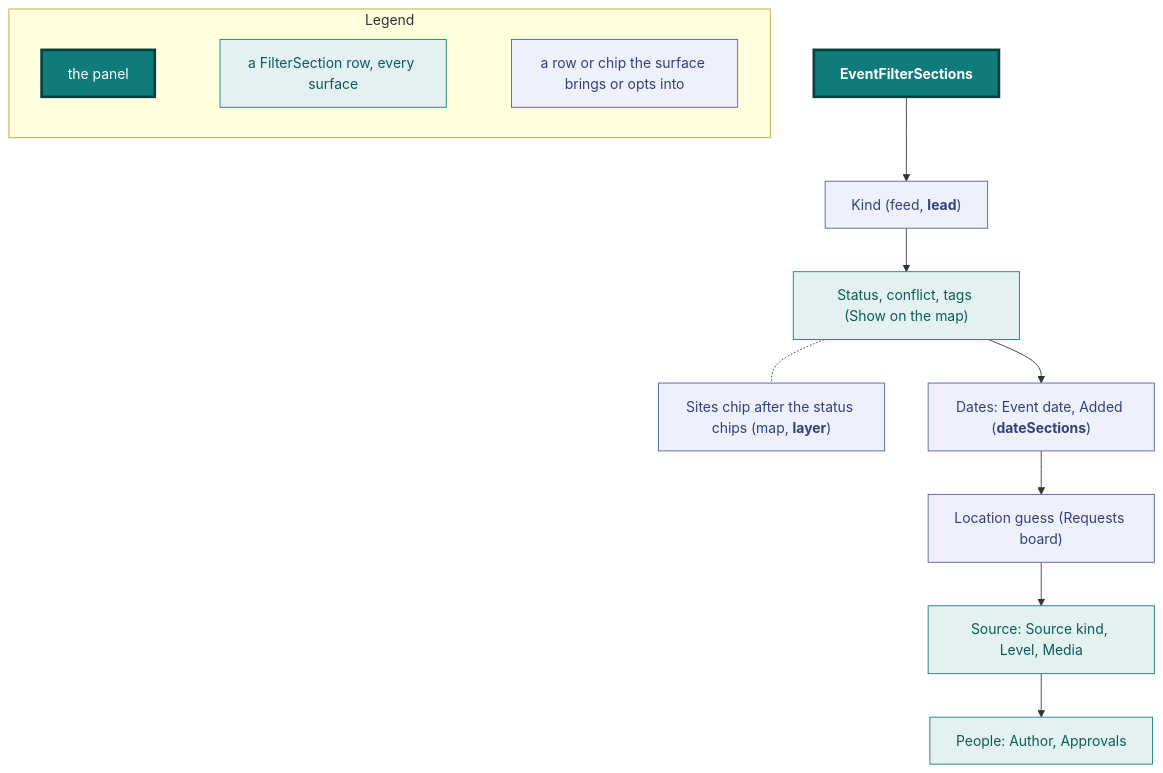
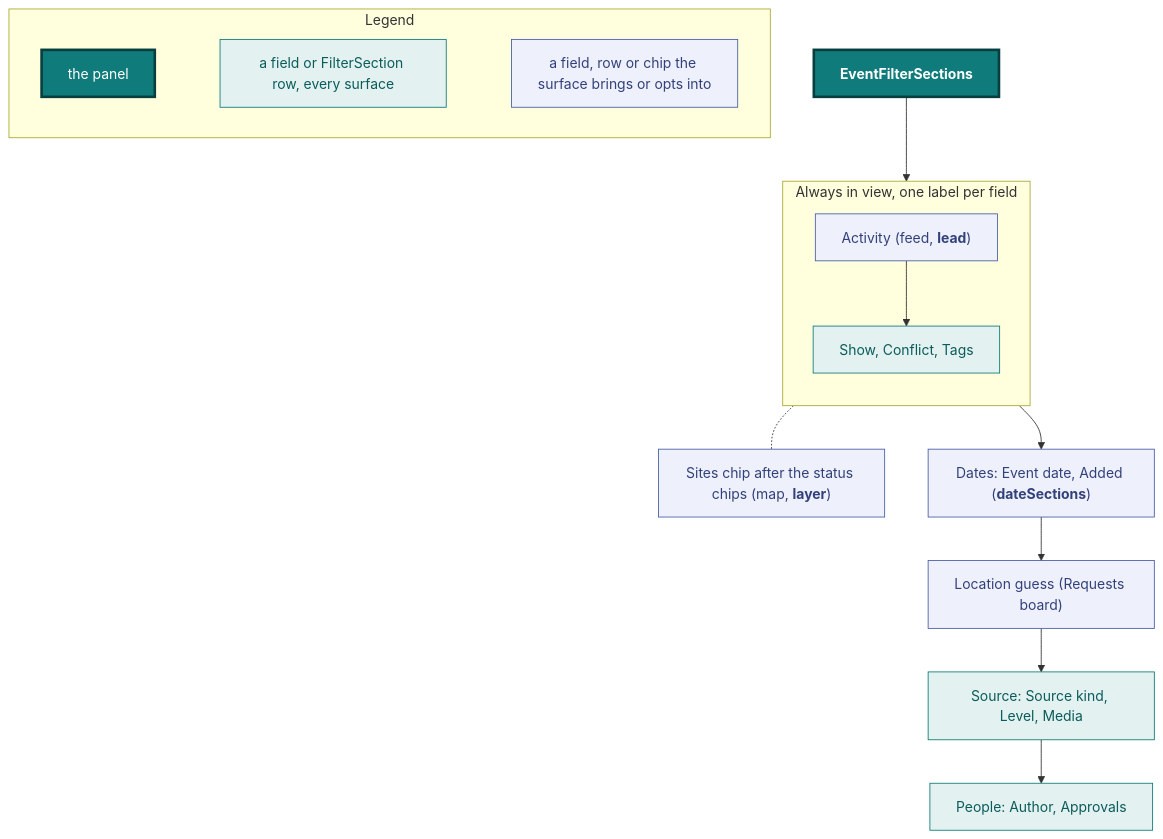
The seventh of 21 diagrams in docs/design.md (vidithq/vidit), drawn with Mermaid before and after one commit. The commit also changed other lines of this file and 27 other files, not shown here.

First line of the commit message:
fix(filters): name every filter once, keep Show in view, apply filters at once (#799)

````diff
--- a/docs/design.md
+++ b/docs/design.md
@@ -705,26 +704,30 @@
 ```mermaid
 flowchart TB
   classDef shared fill:#e3f2f1,stroke:#0f7b7a,color:#0b5c5b
   classDef core fill:#0f7b7a,stroke:#083f3e,stroke-width:3px,color:#ffffff
   classDef page fill:#eef1fb,stroke:#4a5fa5,color:#33417a
 
   subgraph legend [Legend]
     direction LR
     l1["`the panel`"]:::core
-    l2["`a FilterSection row, every surface`"]:::shared
-    l3["`a row or chip the surface brings or opts into`"]:::page
+    l2["`a field or FilterSection row, every surface`"]:::shared
+    l3["`a field, row or chip the surface brings or opts into`"]:::page
     l1 ~~~ l2 ~~~ l3
   end
 
   panel["`**EventFilterSections**`"]:::core
-  kind["`Kind (feed, **lead**)`"]:::page
-  what["`Status, conflict, tags (Show on the map)`"]:::shared
+  subgraph head [Always in view, one label per field]
+    direction TB
+    lead["`Activity (feed, **lead**)`"]:::page
+    what["`Show, Conflict, Tags`"]:::shared
+    lead --> what
+  end
   sites["`Sites chip after the status chips (map, **layer**)`"]:::page
   dates["`Dates: Event date, Added (**dateSections**)`"]:::page
   guess["`Location guess (Requests board)`"]:::page
   src["`Source: Source kind, Level, Media`"]:::shared
   people["`People: Author, Approvals`"]:::shared
 
-  panel --> kind --> what --> dates --> guess --> src --> people
+  panel --> head --> dates --> guess --> src --> people
   what -.- sites
 ```
````
